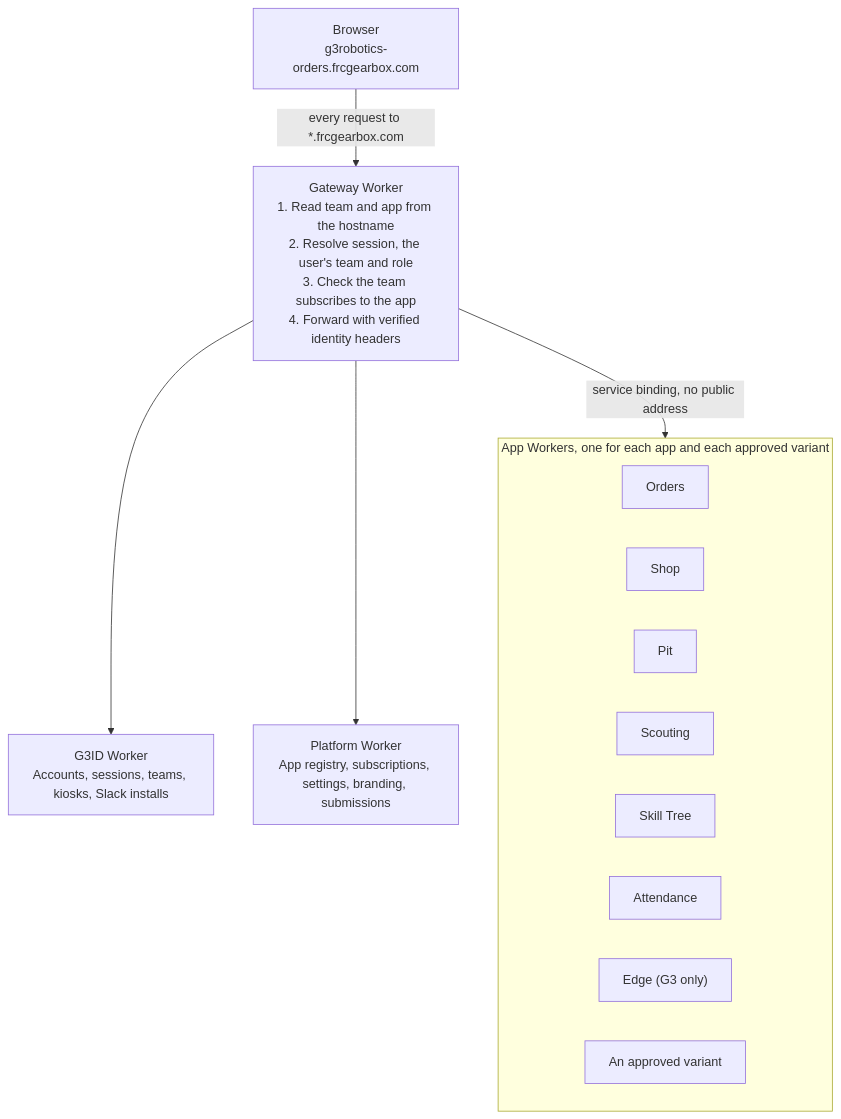
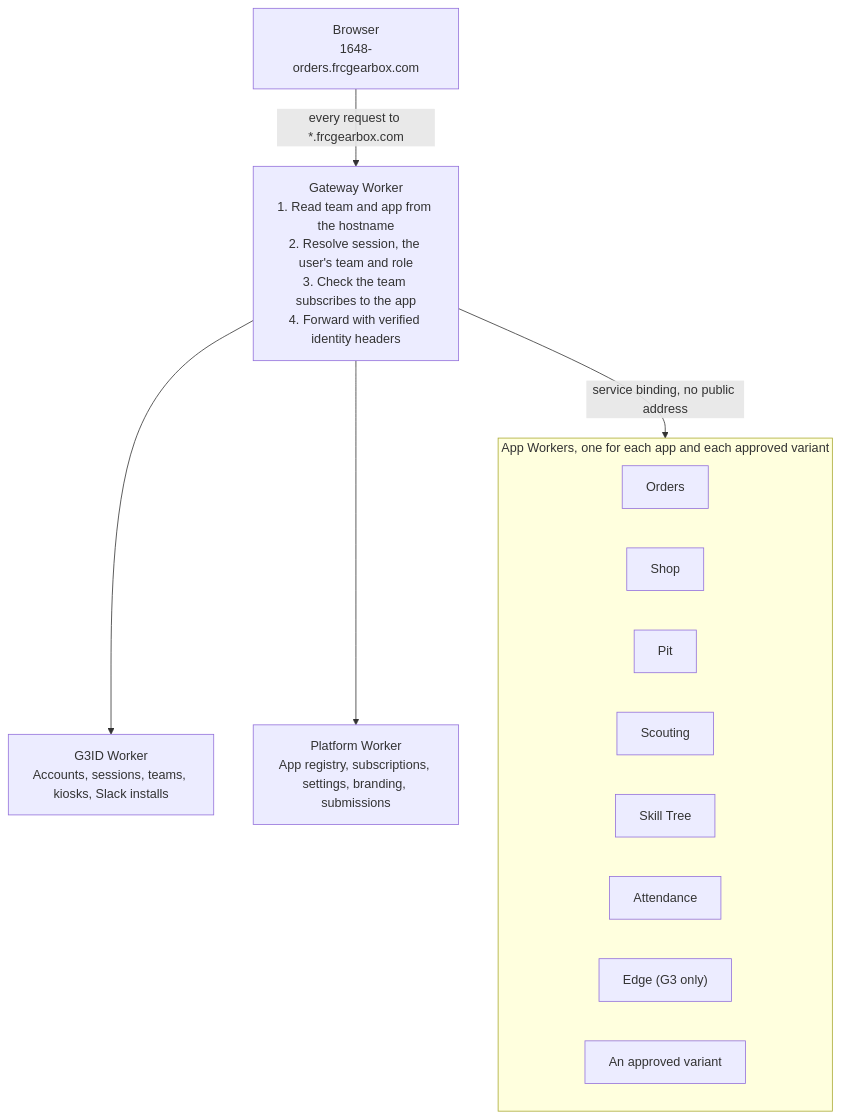
One commit to midtownrobotics/Gearbox changed the second of 2 diagrams in docs/roadmap/roadmap.md. Above: the diagram before and after it, drawn with Mermaid. The commit also changed other lines of this file, not shown here.

First line of the commit message:
Roadmap: address teams by FRC number, not a slug

````diff
--- a/docs/roadmap/roadmap.md
+++ b/docs/roadmap/roadmap.md
@@ -121,18 +121,18 @@
 ```mermaid
 flowchart TD
-  B["Browser<br/>g3robotics-orders.frcgearbox.com"] -- "every request to *.frcgearbox.com" --> G["Gateway Worker<br/>1. Read team and app from the hostname<br/>2. Resolve session, the user's team and role<br/>3. Check the team subscribes to the app<br/>4. Forward with verified identity headers"]
+  B["Browser<br/>1648-orders.frcgearbox.com"] -- "every request to *.frcgearbox.com" --> G["Gateway Worker<br/>1. Read team and app from the hostname<br/>2. Resolve session, the user's team and role<br/>3. Check the team subscribes to the app<br/>4. Forward with verified identity headers"]
   G --> I["G3ID Worker<br/>Accounts, sessions, teams, kiosks, Slack installs"]
   G --> P["Platform Worker<br/>App registry, subscriptions, settings, branding, submissions"]
   G -- "service binding, no public address" --> A
   subgraph A["App Workers, one for each app and each approved variant"]
     direction LR
     Orders
     Shop
     Pit
     Scouting
     SkillTree["Skill Tree"]
     Attendance
     Edge["Edge (G3 only)"]
     Variant["An approved variant"]
   end
 ```
````
